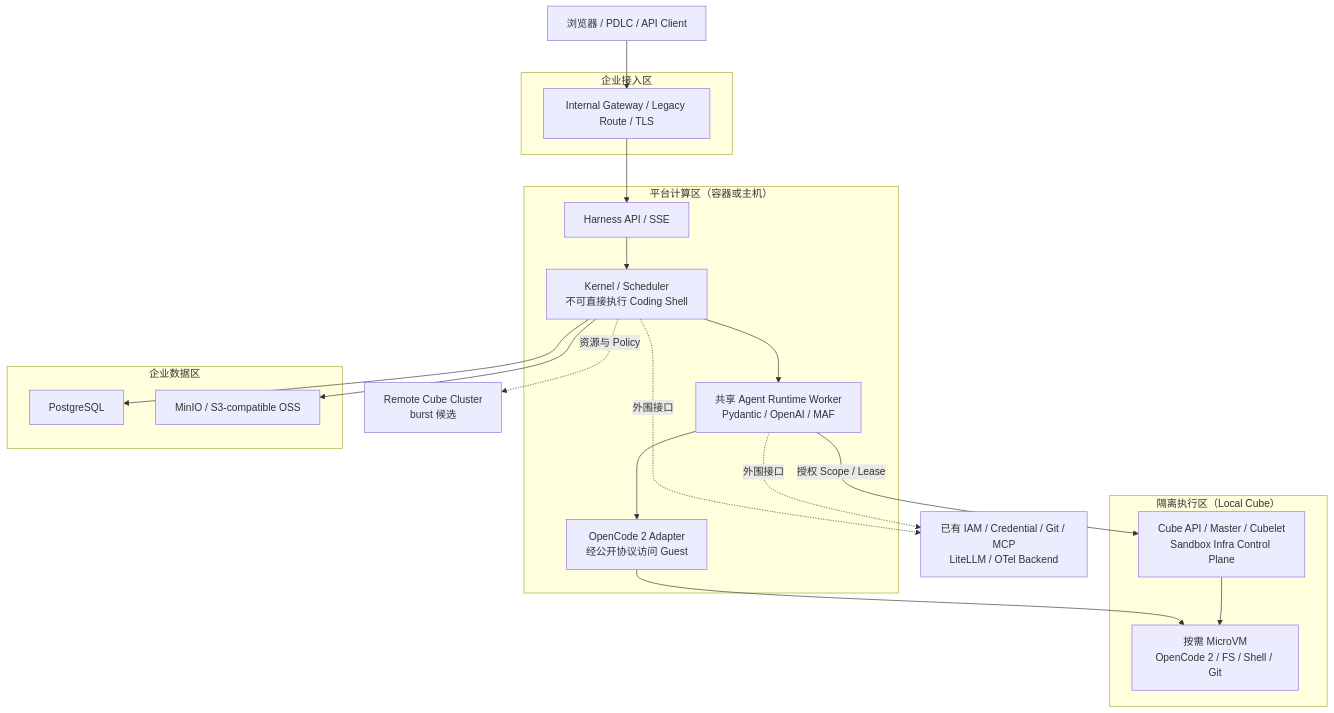
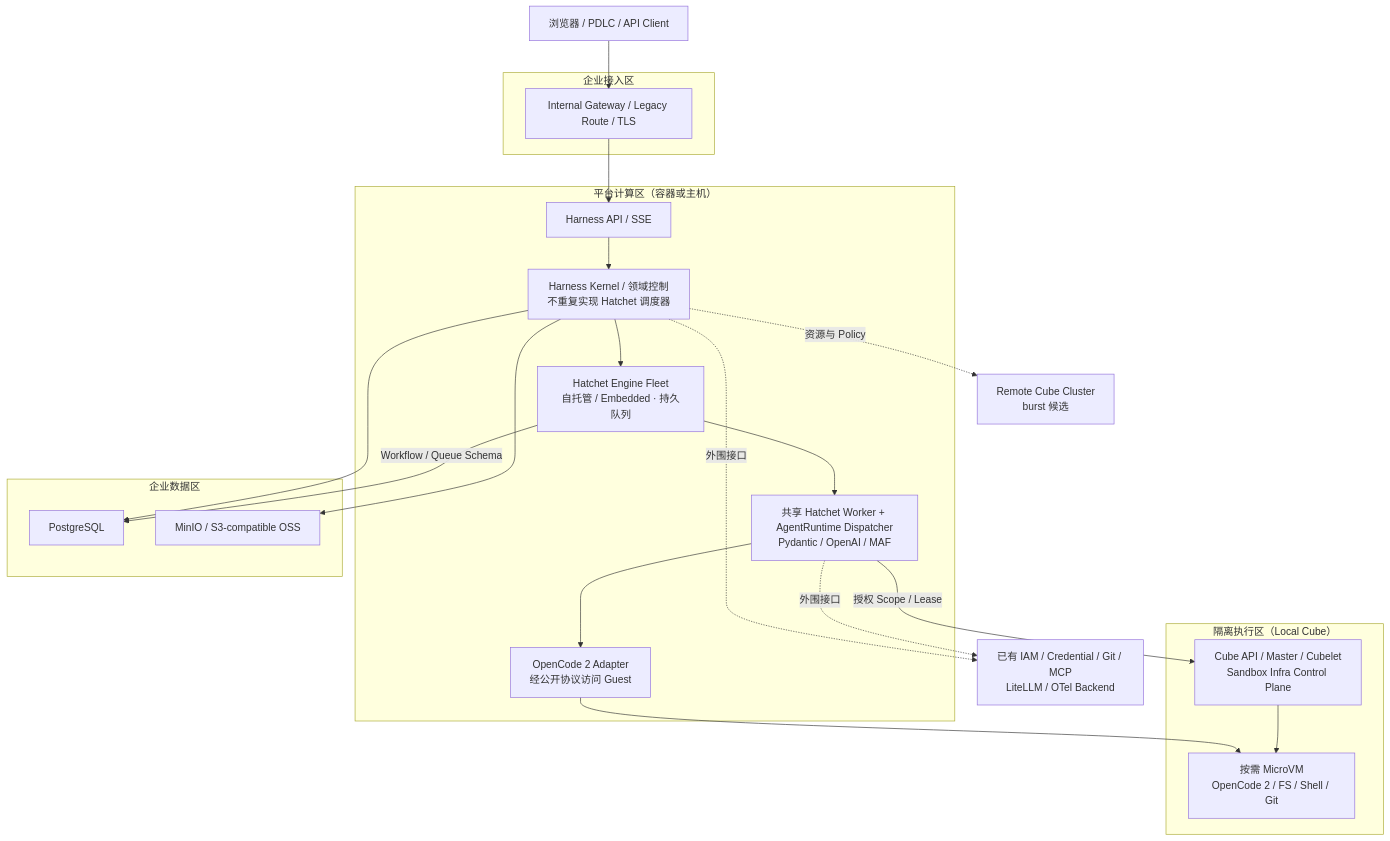
One commit to Bulls1986/Agent-Harness-Platform changed the eighth of 11 diagrams in README.md. Above: the diagram before and after it, drawn with Mermaid. The commit also changed other lines of this file and 19 other files, not shown here.

First line of the commit message:
architecture(harness): adopt Hatchet Durable SPI baseline, reject DBOS

````diff
--- a/README.md
+++ b/README.md
@@ -379,31 +390,34 @@
 ```mermaid
 flowchart TB
   U["浏览器 / PDLC / API Client"]
   subgraph EDGE["企业接入区"]
     LB["Internal Gateway / Legacy Route / TLS"]
   end
   subgraph PLATFORM["平台计算区（容器或主机）"]
     API["Harness API / SSE"]
-    K["Kernel / Scheduler\n不可直接执行 Coding Shell"]
-    W["共享 Agent Runtime Worker\nPydantic / OpenAI / MAF"]
+    K["Harness Kernel / 领域控制\n不重复实现 Hatchet 调度器"]
+    HE["Hatchet Engine Fleet\n自托管 / Embedded · 持久队列"]
+    W["共享 Hatchet Worker + AgentRuntime Dispatcher\nPydantic / OpenAI / MAF"]
     O["OpenCode 2 Adapter\n经公开协议访问 Guest"]
   end
   subgraph STORE["企业数据区"]
     PG["PostgreSQL"]
     S3["MinIO / S3-compatible OSS"]
   end
   subgraph LOCAL["隔离执行区（Local Cube）"]
     CM["Cube API / Master / Cubelet\nSandbox Infra Control Plane"]
     VM["按需 MicroVM\nOpenCode 2 / FS / Shell / Git"]
   end
   RC["Remote Cube Cluster\nburst 候选"]
   EXT["已有 IAM / Credential / Git / MCP\nLiteLLM / OTel Backend"]
   U --> LB --> API --> K
-  K --> W & PG & S3
+  K --> HE --> W
+  K --> PG & S3
+  HE -->|"Workflow / Queue Schema"| PG
   W --> O
   W -->|"授权 Scope / Lease"| CM
   O --> VM
   CM --> VM
   K -. "资源与 Policy" .-> RC
   K & W -. "外围接口" .-> EXT
 ```
````
